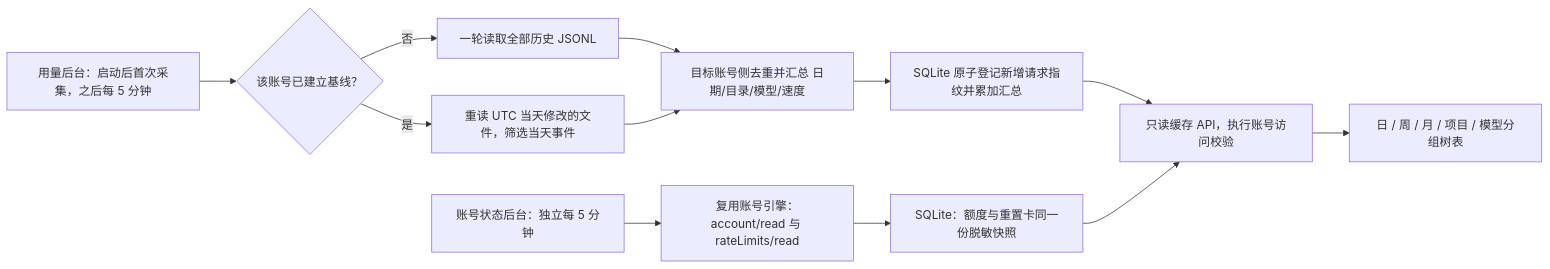
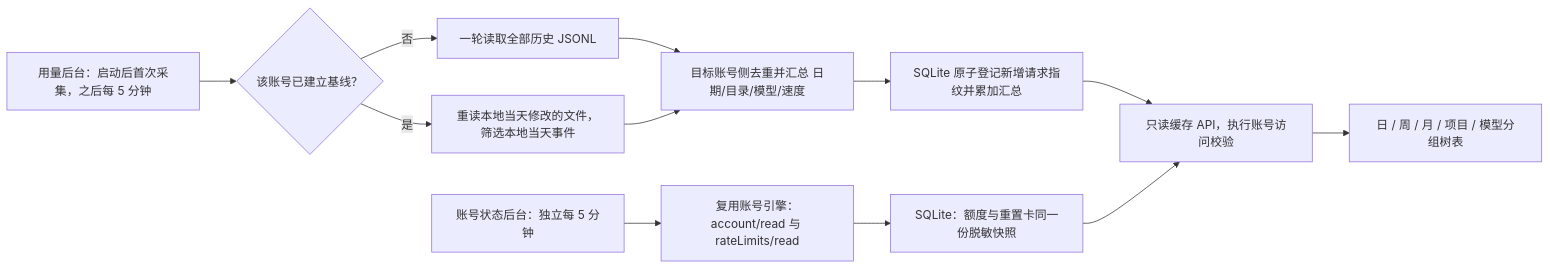
One commit to Poeagle/agentManager changed the diagram in docs/codex-account-usage.md. Above: the diagram before and after it, drawn with Mermaid. The commit also changed other lines of this file and 10 other files, not shown here.

````diff
--- a/docs/codex-account-usage.md
+++ b/docs/codex-account-usage.md
@@ -5,14 +5,14 @@
 ```mermaid
 flowchart LR
  A[用量后台：启动后首次采集，之后每 5 分钟] --> B{该账号已建立基线？}
  B -->|否| C[一轮读取全部历史 JSONL]
- B -->|是| D[重读 UTC 当天修改的文件，筛选当天事件]
+ B -->|是| D[重读本地当天修改的文件，筛选本地当天事件]
  C --> E[目标账号侧去重并汇总 日期/目录/模型/速度]
  D --> E
  E --> F[SQLite 原子登记新增请求指纹并累加汇总]
  G[账号状态后台：独立每 5 分钟] --> H[复用账号引擎：account/read 与 rateLimits/read]
  H --> I[SQLite：额度与重置卡同一份脱敏快照]
  F --> J[只读缓存 API，执行账号访问校验]
  I --> J
  J --> K[日 / 周 / 月 / 项目 / 模型分组树表]
 ```
````
